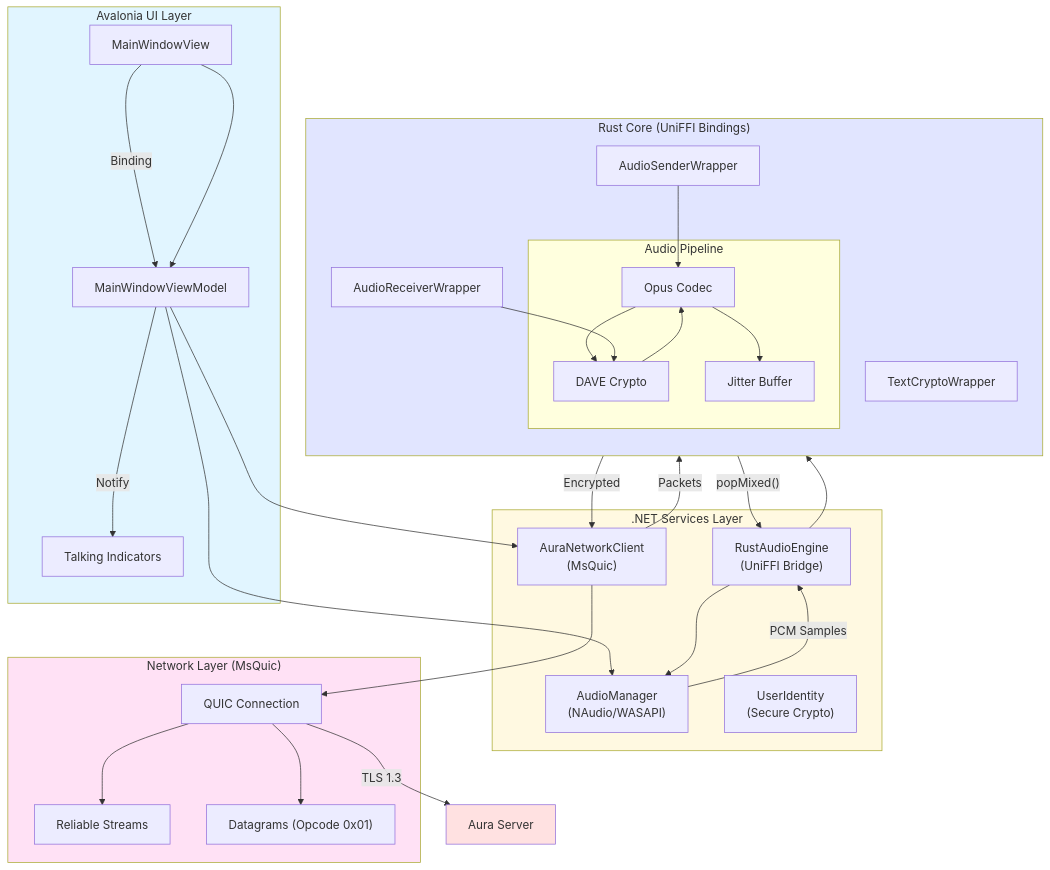
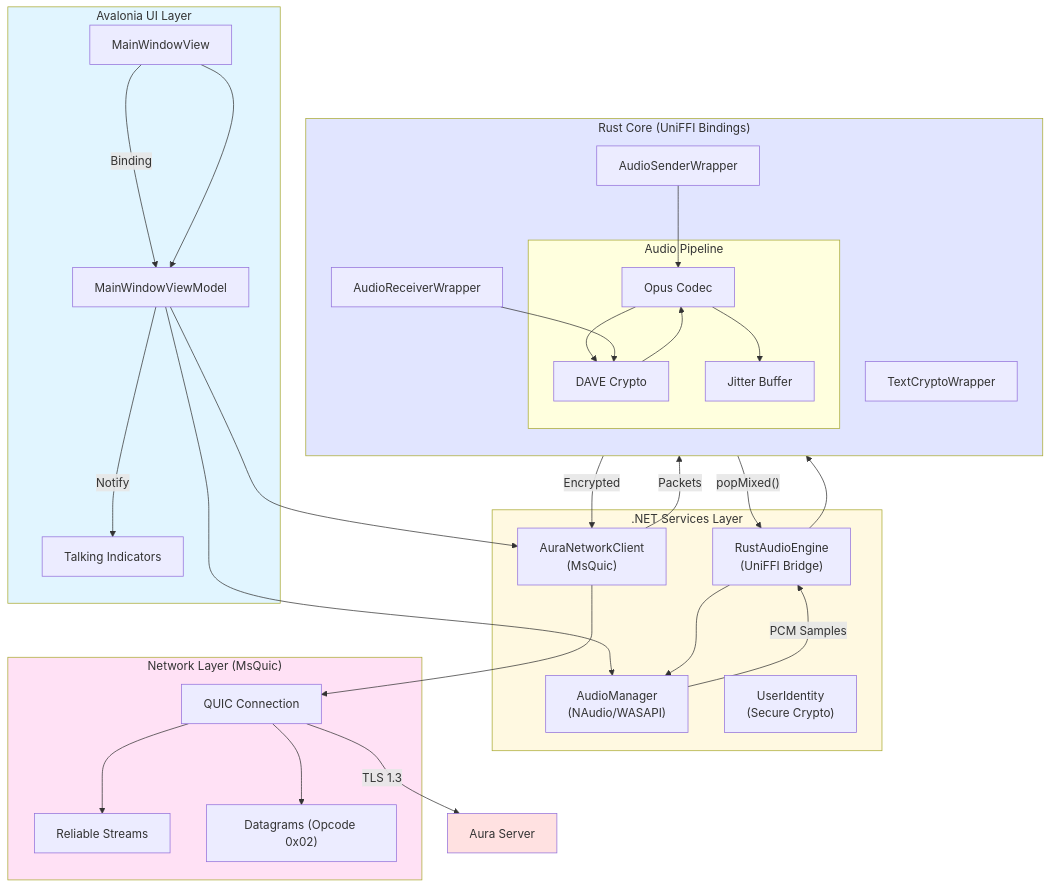
The diagram in docs/diagrams/03_desktop_client_architecture.md (klobucar/aura), drawn with Mermaid before and after one commit. The commit also changed other lines of this file and 6 other files, not shown here.

````diff
--- a/docs/diagrams/03_desktop_client_architecture.md
+++ b/docs/diagrams/03_desktop_client_architecture.md
@@ -9,67 +9,67 @@
 ```mermaid
 graph TB
     subgraph UI ["Avalonia UI Layer"]
         MWV["MainWindowView"]
         MWV -->|Binding| VM["MainWindowViewModel"]
         VM -->|Notify| TI["Talking Indicators"]
     end
 
     subgraph Services [".NET Services Layer"]
         ANC["AuraNetworkClient<br/>(MsQuic)"]
         AM["AudioManager<br/>(NAudio/WASAPI)"]
         RAE["RustAudioEngine<br/>(UniFFI Bridge)"]
         UI_ID["UserIdentity<br/>(Secure Crypto)"]
     end
 
     subgraph RustCore ["Rust Core (UniFFI Bindings)"]
         direction TB
         ASW["AudioSenderWrapper"]
         ARW["AudioReceiverWrapper"]
         TC["TextCryptoWrapper"]
         
         subgraph Pipeline ["Audio Pipeline"]
             OPUS["Opus Codec"]
             DAVE["DAVE Crypto"]
             JB["Jitter Buffer"]
         end
     end
 
     subgraph Network ["Network Layer (MsQuic)"]
         QUIC["QUIC Connection"]
         STR["Reliable Streams"]
-        DG["Datagrams (Opcode 0x01)"]
+        DG["Datagrams (Opcode 0x02)"]
     end
 
     %% UI to Services
     MWV --> VM
     VM --> ANC
     VM --> AM
 
     %% Services to Rust
     AM -->|"PCM Samples"| RAE
     RAE --> ASW
     ASW --> OPUS
     OPUS --> DAVE
     DAVE -->|"Encrypted"| ANC
 
     ANC -->|"Packets"| ARW
     ARW --> DAVE
     DAVE --> OPUS
     OPUS --> JB
     JB -->|"popMixed()"| RAE
     RAE --> AM
 
     %% Network
     ANC --> QUIC
     QUIC --> STR
     QUIC --> DG
 
     %% Server
     QUIC -->|"TLS 1.3"| SERVER["Aura Server"]
 
     style UI fill:#e1f5ff
     style Services fill:#fff9e1
     style RustCore fill:#e1e5ff
     style Network fill:#ffe1f5
     style SERVER fill:#ffe1e1
 ```
````
